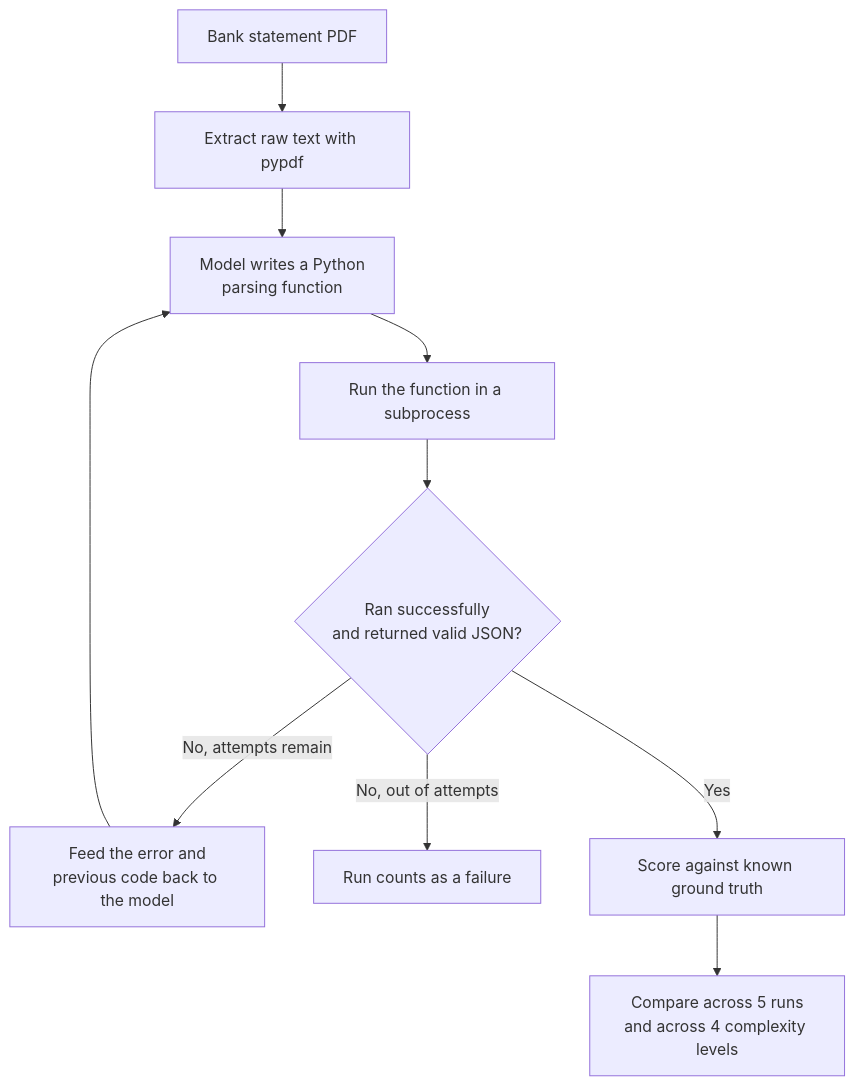
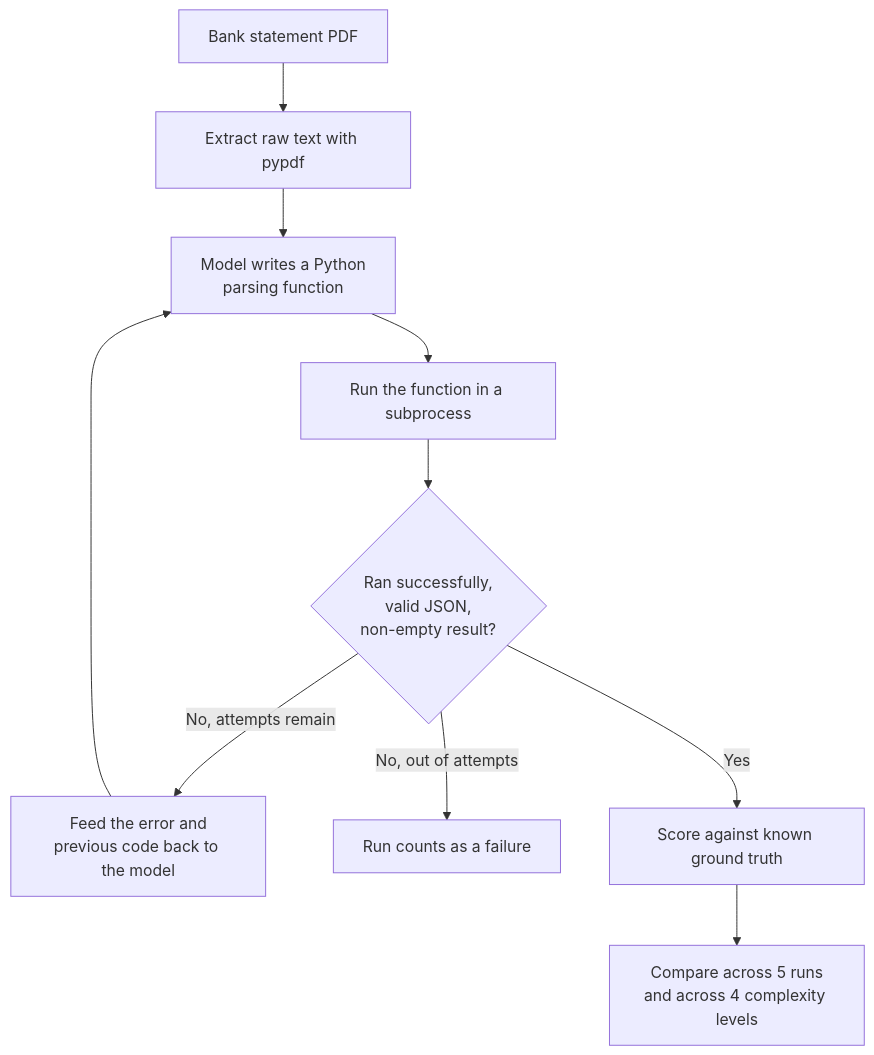
Before and after one commit to the-write-path-code/ch02-agent-monolith-trap: the diagram in docs/monolith_experiment.md, drawn with Mermaid. The commit also changed other lines of this file, not shown here.

````diff
--- a/docs/monolith_experiment.md
+++ b/docs/monolith_experiment.md
@@ -13,16 +13,17 @@
 ```mermaid
 flowchart TD
     A[Bank statement PDF] --> B[Extract raw text with pypdf]
     B --> C[Model writes a Python
 parsing function]
     C --> D[Run the function in a subprocess]
-    D --> E{Ran successfully
-and returned valid JSON?}
+    D --> E{Ran successfully,
+valid JSON,
+non-empty result?}
     E -- No, attempts remain --> F[Feed the error and
 previous code back to the model]
     F --> C
     E -- No, out of attempts --> G[Run counts as a failure]
     E -- Yes --> H[Score against known ground truth]
     H --> I[Compare across 5 runs
 and across 4 complexity levels]
 ```
````
